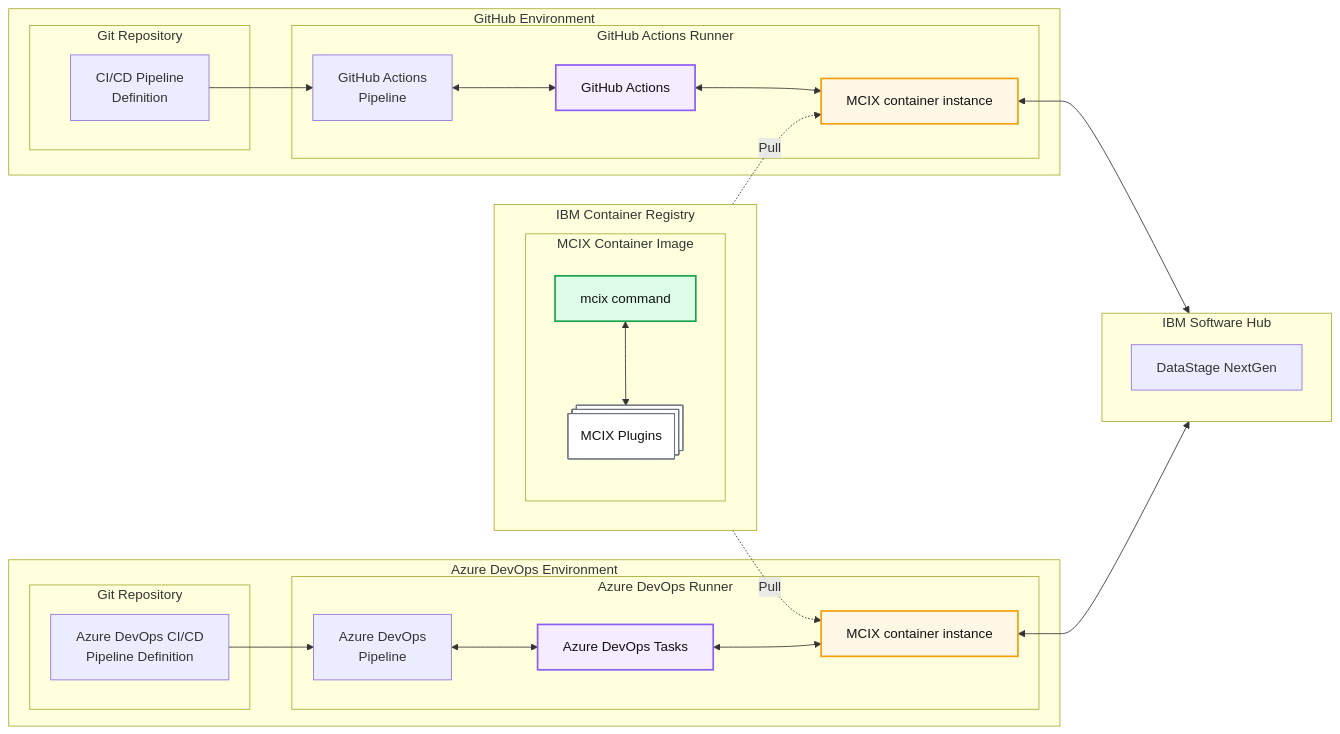
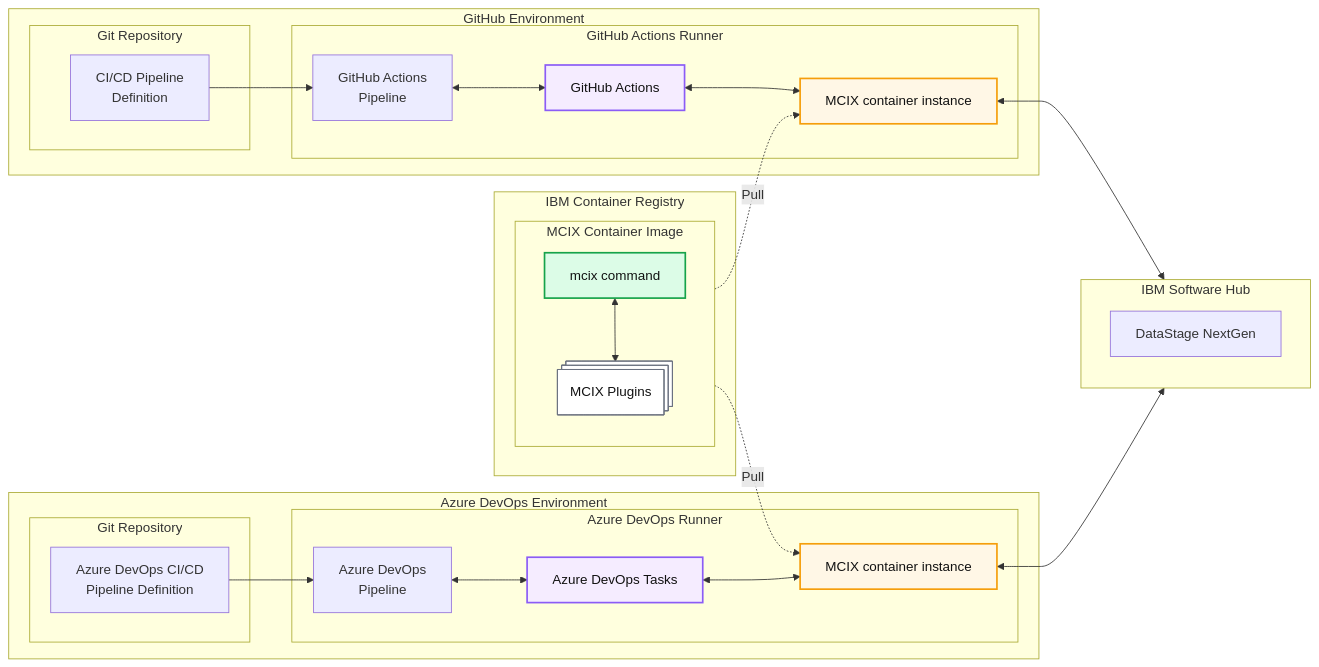
The diagram in ARCHITECTURE.md (MettleCI/mcix), drawn with Mermaid before and after one commit.

Commit message:
Remove direction from IBM Container Registry subgraph
Removed unnecessary direction specification from the IBM Container Registry subgraph.

```diff
--- a/ARCHITECTURE.md
+++ b/ARCHITECTURE.md
@@ -36,8 +36,6 @@
   %% Registry
   %% =========================
   subgraph REG["IBM Container Registry"]
-      direction LR
-
       %% Image internals
       subgraph IMG["MCIX Container Image"]
           MCIX["mcix command"]
```
